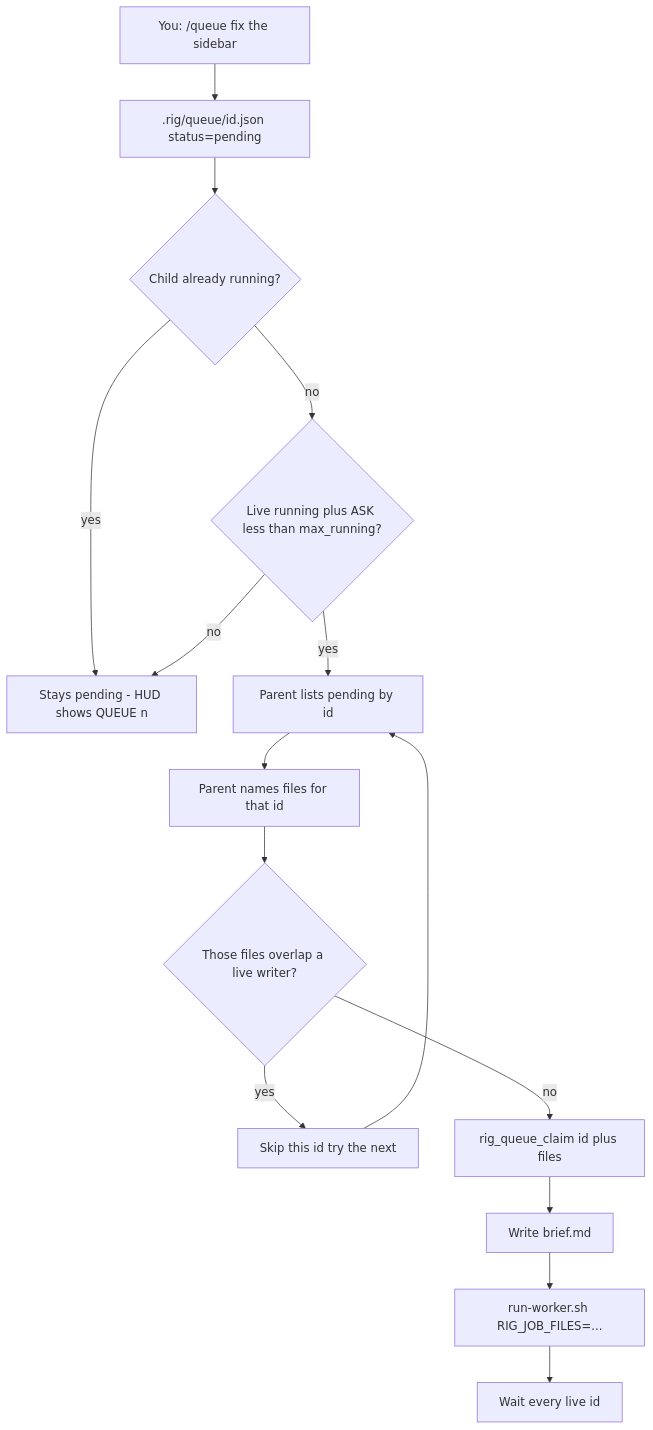
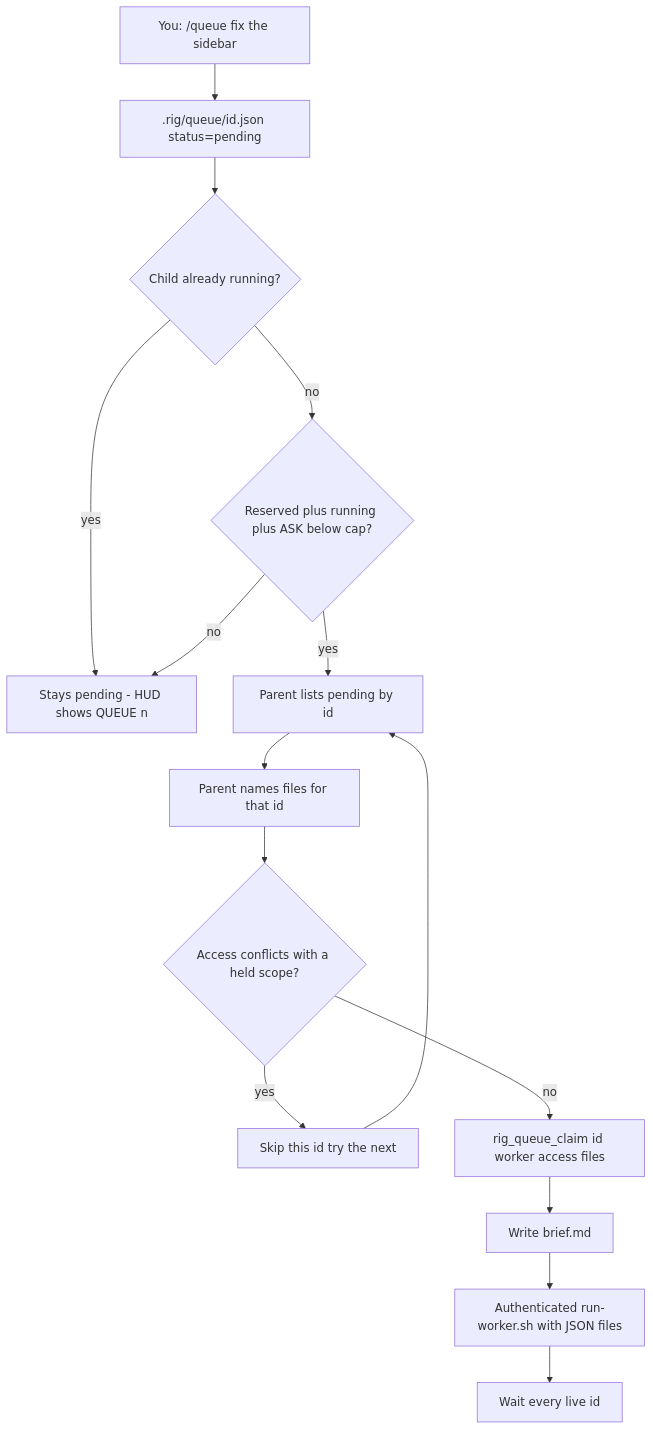
The third of 3 diagrams in docs/usage.md (Brasth/Rig), drawn with Mermaid before and after one commit. The commit also changed other lines of this file and 3 other files, not shown here.

````diff
--- a/docs/usage.md
+++ b/docs/usage.md
@@ -400,17 +367,17 @@
 ```mermaid
 flowchart TD
   park["You: /queue fix the sidebar"] --> file[".rig/queue/id.json status=pending"]
   file --> busy{Child already running?}
   busy -->|yes| waitFree[Stays pending - HUD shows QUEUE n]
-  busy -->|no| cap{Live running plus ASK less than max_running?}
+  busy -->|no| cap{Reserved plus running plus ASK below cap?}
   cap -->|no| waitFree
   cap -->|yes| list[Parent lists pending by id]
   list --> name[Parent names files for that id]
-  name --> overlap{Those files overlap a live writer?}
+  name --> overlap{Access conflicts with a held scope?}
   overlap -->|yes| skip[Skip this id try the next]
   skip --> list
-  overlap -->|no| claim[rig_queue_claim id plus files]
+  overlap -->|no| claim[rig_queue_claim id worker access files]
   claim --> brief[Write brief.md]
-  brief --> spawn["run-worker.sh RIG_JOB_FILES=..."]
+  brief --> spawn["Authenticated run-worker.sh with JSON files"]
   spawn --> waitAll[Wait every live id]
 ```
````
